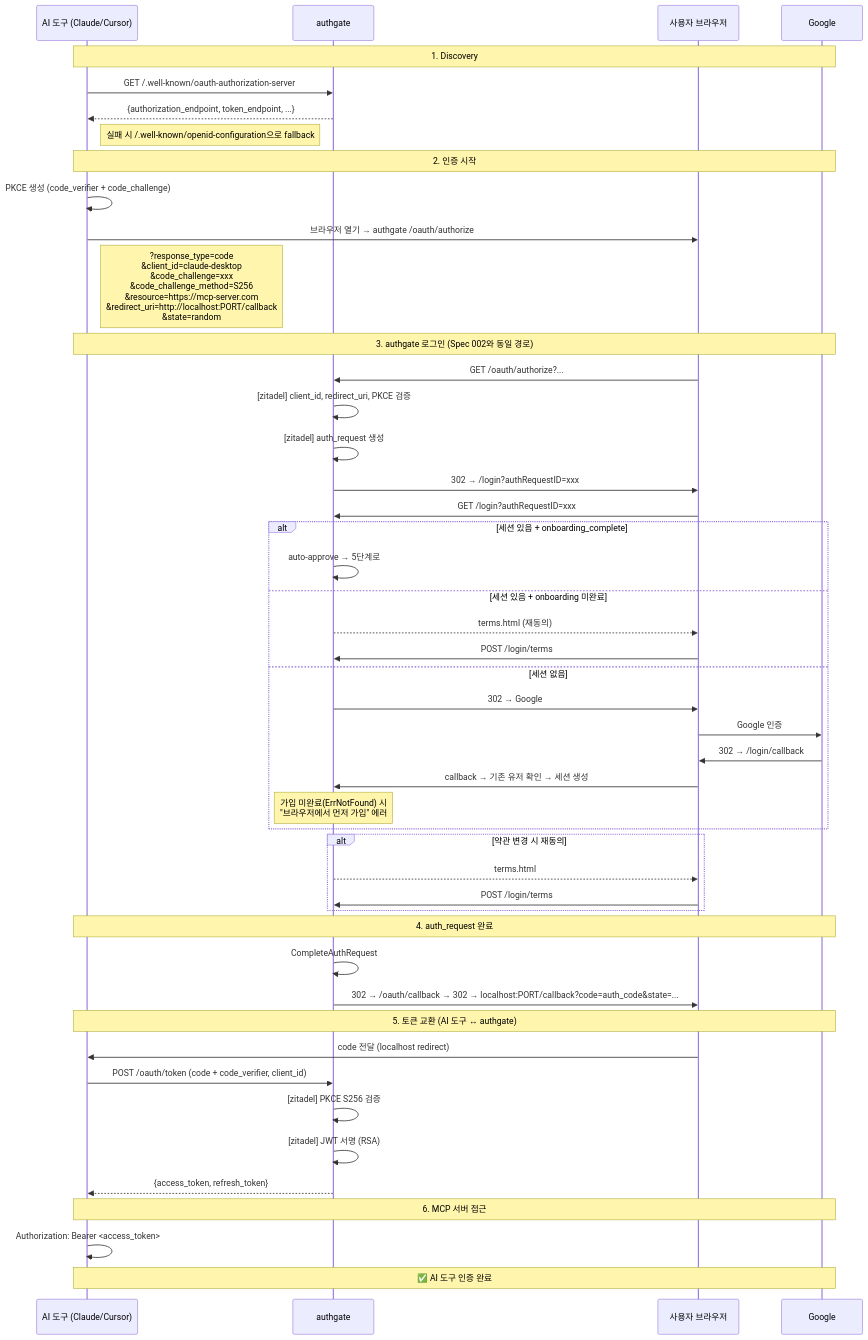
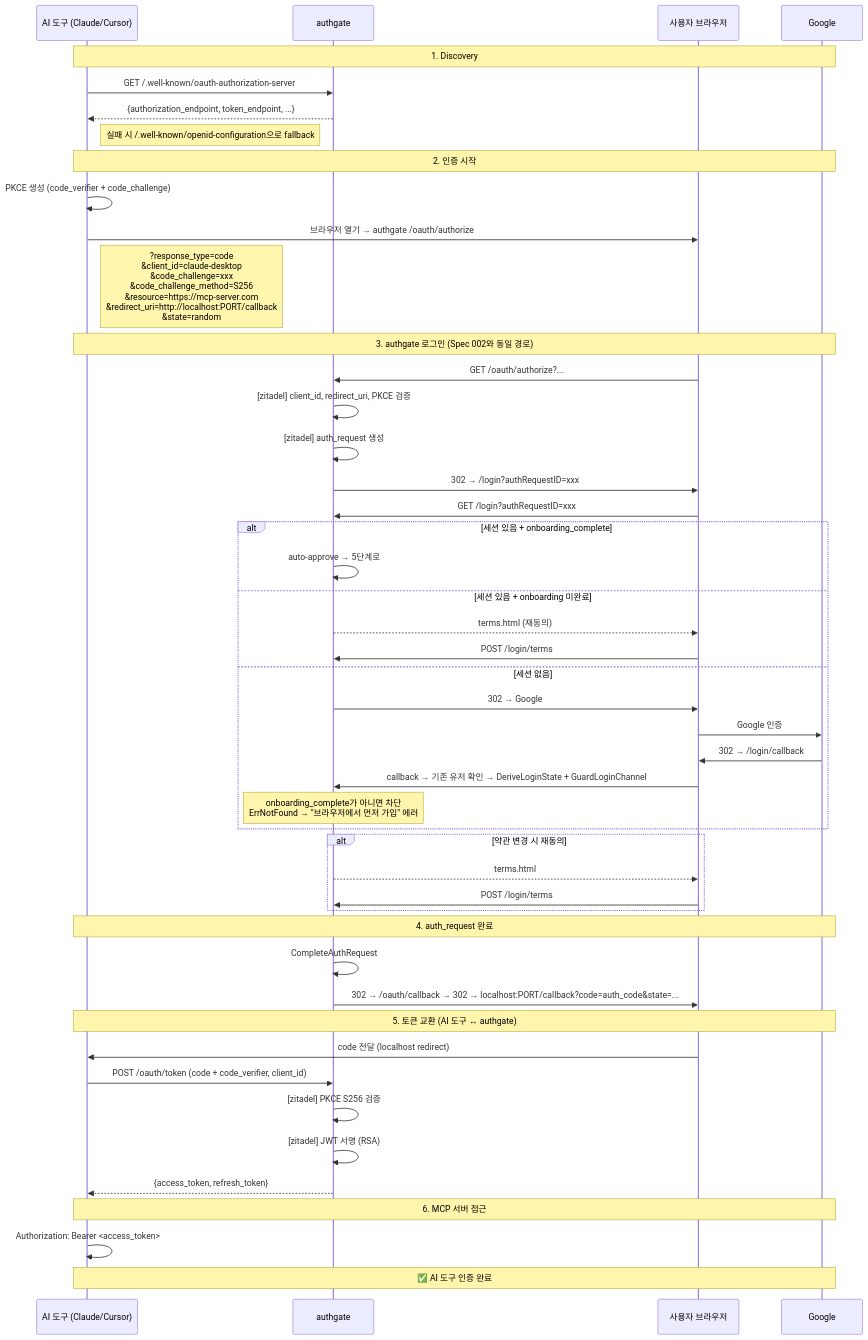
One commit to cagojeiger/authgate changed the diagram in docs/spec/004-mcp-login.md. Above: the diagram before and after it, drawn with Mermaid. The commit also changed other lines of this file, not shown here.

Commit message:
docs(004): explicitly declare DeriveLoginState guard in MCP flow
MCP reuses browser login path (Spec 002) but the guard was only
implicit. Now explicitly states that /login and /login/callback
apply DeriveLoginState + GuardLoginChannel identically, blocking
non-onboarding_complete users from MCP token issuance.

````diff
--- a/docs/spec/004-mcp-login.md
+++ b/docs/spec/004-mcp-login.md
@@ -69,57 +69,57 @@
 ```mermaid
 sequenceDiagram
     participant AI as AI 도구 (Claude/Cursor)
     participant AG as authgate
     participant U as 사용자 브라우저
     participant G as Google
 
     Note over AI,G: 1. Discovery
     AI->>AG: GET /.well-known/oauth-authorization-server
     AG-->>AI: {authorization_endpoint, token_endpoint, ...}
     Note right of AI: 실패 시 /.well-known/openid-configuration으로 fallback
 
     Note over AI,G: 2. 인증 시작
     AI->>AI: PKCE 생성 (code_verifier + code_challenge)
     AI->>U: 브라우저 열기 → authgate /oauth/authorize
     Note right of AI: ?response_type=code<br/>&client_id=claude-desktop<br/>&code_challenge=xxx<br/>&code_challenge_method=S256<br/>&resource=https://mcp-server.com<br/>&redirect_uri=http://localhost:PORT/callback<br/>&state=random
 
     Note over AI,G: 3. authgate 로그인 (Spec 002와 동일 경로)
     U->>AG: GET /oauth/authorize?...
     AG->>AG: [zitadel] client_id, redirect_uri, PKCE 검증
     AG->>AG: [zitadel] auth_request 생성
     AG->>U: 302 → /login?authRequestID=xxx
 
     U->>AG: GET /login?authRequestID=xxx
     alt 세션 있음 + onboarding_complete
         AG->>AG: auto-approve → 5단계로
     else 세션 있음 + onboarding 미완료
         AG-->>U: terms.html (재동의)
         U->>AG: POST /login/terms
     else 세션 없음
         AG->>U: 302 → Google
         U->>G: Google 인증
         G->>U: 302 → /login/callback
-        U->>AG: callback → 기존 유저 확인 → 세션 생성
-        Note over AG: 가입 미완료(ErrNotFound) 시<br/>"브라우저에서 먼저 가입" 에러
+        U->>AG: callback → 기존 유저 확인 → DeriveLoginState + GuardLoginChannel
+        Note over AG: onboarding_complete가 아니면 차단<br/>ErrNotFound → "브라우저에서 먼저 가입" 에러
     end
 
     alt 약관 변경 시 재동의
         AG-->>U: terms.html
         U->>AG: POST /login/terms
     end
 
     Note over AI,G: 4. auth_request 완료
     AG->>AG: CompleteAuthRequest
     AG->>U: 302 → /oauth/callback → 302 → localhost:PORT/callback?code=auth_code&state=...
 
     Note over AI,G: 5. 토큰 교환 (AI 도구 ↔ authgate)
     U->>AI: code 전달 (localhost redirect)
     AI->>AG: POST /oauth/token (code + code_verifier, client_id)
     AG->>AG: [zitadel] PKCE S256 검증
     AG->>AG: [zitadel] JWT 서명 (RSA)
     AG-->>AI: {access_token, refresh_token}
 
     Note over AI,G: 6. MCP 서버 접근
     AI->>AI: Authorization: Bearer <access_token>
     Note over AI,G: ✅ AI 도구 인증 완료
 ```
````
